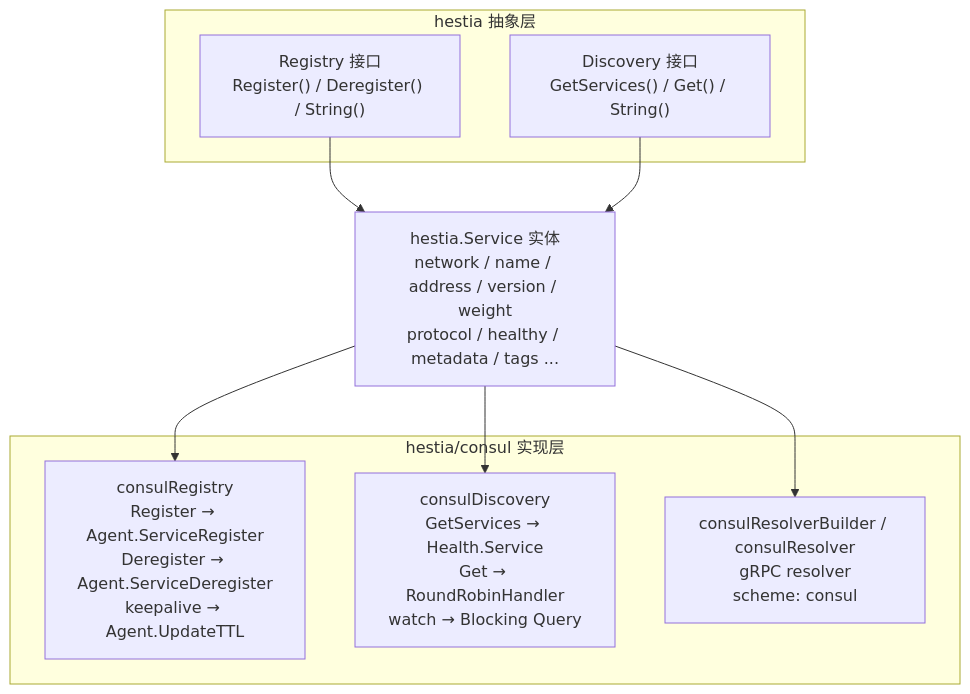
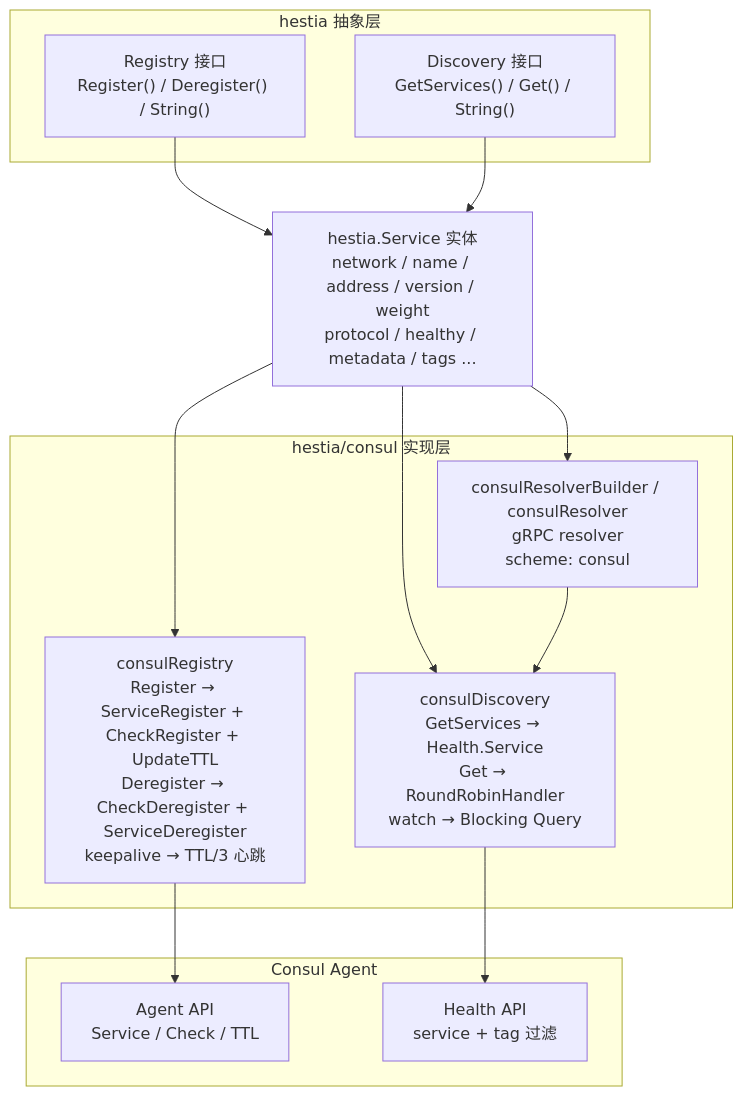
One commit to daheige/hephfx changed the first of 5 diagrams in hestia/consul/readme.md. Above: the diagram before and after it, drawn with Mermaid. The commit also changed other lines of this file, not shown here.

Commit message:
docs: update go consul readme.md

````diff
--- a/hestia/consul/readme.md
+++ b/hestia/consul/readme.md
@@ -31,21 +32,29 @@
 ```mermaid
 flowchart TB
     subgraph Abstract["hestia 抽象层"]
-        Registry["Registry 接口\nRegister() / Deregister() / String()"]
-        Discovery["Discovery 接口\nGetServices() / Get() / String()"]
+        Registry["Registry 接口<br/>Register() / Deregister() / String()"]
+        Discovery["Discovery 接口<br/>GetServices() / Get() / String()"]
     end
 
-    Service["hestia.Service 实体\nnetwork / name / address / version / weight\nprotocol / healthy / metadata / tags ..."]
+    Service["hestia.Service 实体<br/>network / name / address / version / weight<br/>protocol / healthy / metadata / tags ..."]
 
-    subgraph Impl["hestia/consul 实现层"]
-        consulRegistry["consulRegistry\nRegister → Agent.ServiceRegister\nDeregister → Agent.ServiceDeregister\nkeepalive → Agent.UpdateTTL"]
-        consulDiscovery["consulDiscovery\nGetServices → Health.Service\nGet → RoundRobinHandler\nwatch → Blocking Query"]
-        consulResolver["consulResolverBuilder / consulResolver\ngRPC resolver\nscheme: consul"]
+    subgraph ConsulImpl["hestia/consul 实现层"]
+        consulRegistry["consulRegistry<br/>Register → ServiceRegister + CheckRegister + UpdateTTL<br/>Deregister → CheckDeregister + ServiceDeregister<br/>keepalive → TTL/3 心跳"]
+        consulDiscovery["consulDiscovery<br/>GetServices → Health.Service<br/>Get → RoundRobinHandler<br/>watch → Blocking Query"]
+        consulResolver["consulResolverBuilder / consulResolver<br/>gRPC resolver<br/>scheme: consul"]
+    end
+
+    subgraph ConsulAgent["Consul Agent"]
+        AgentAPI["Agent API<br/>Service / Check / TTL"]
+        HealthAPI["Health API<br/>service + tag 过滤"]
     end
 
     Registry --> Service
     Discovery --> Service
     Service --> consulRegistry
     Service --> consulDiscovery
     Service --> consulResolver
+    consulRegistry --> AgentAPI
+    consulDiscovery --> HealthAPI
+    consulResolver --> consulDiscovery
 ```
````
